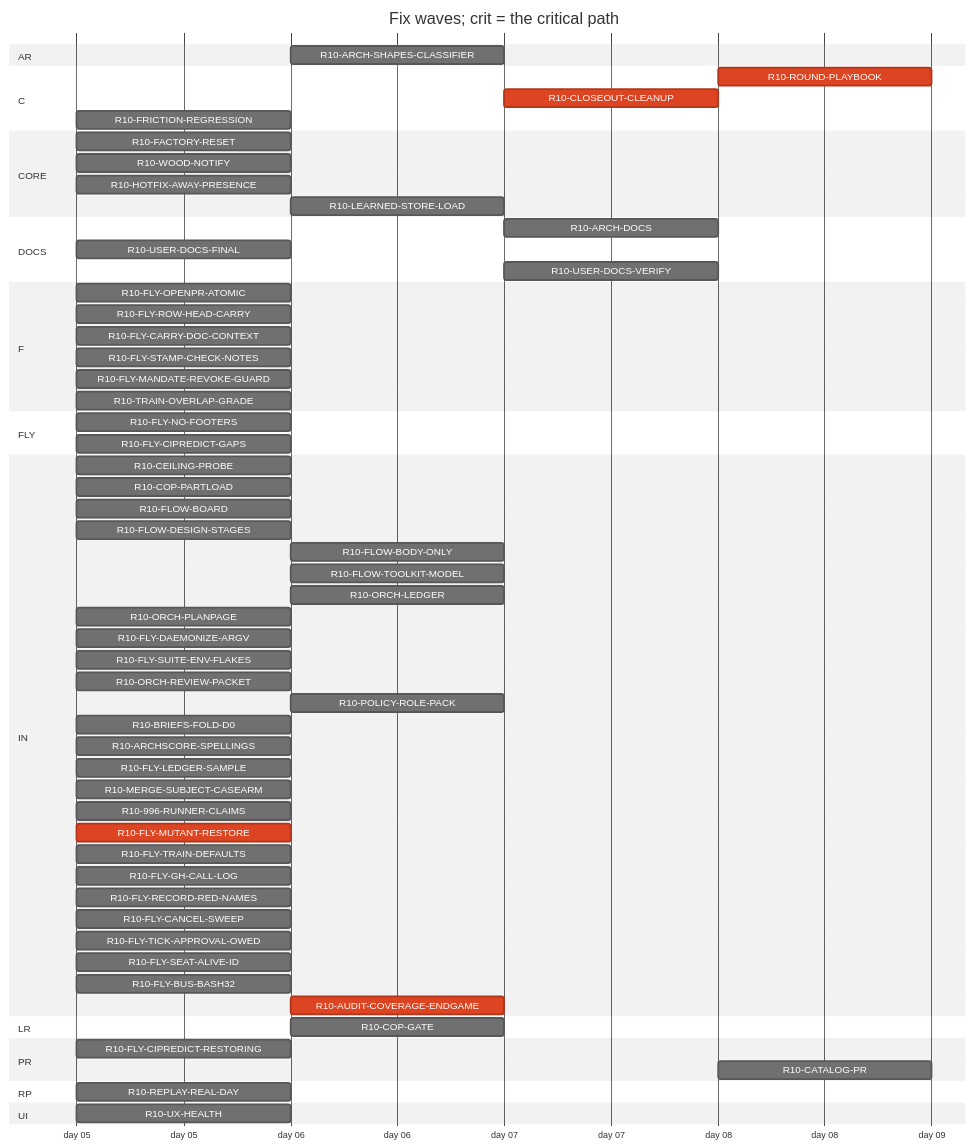
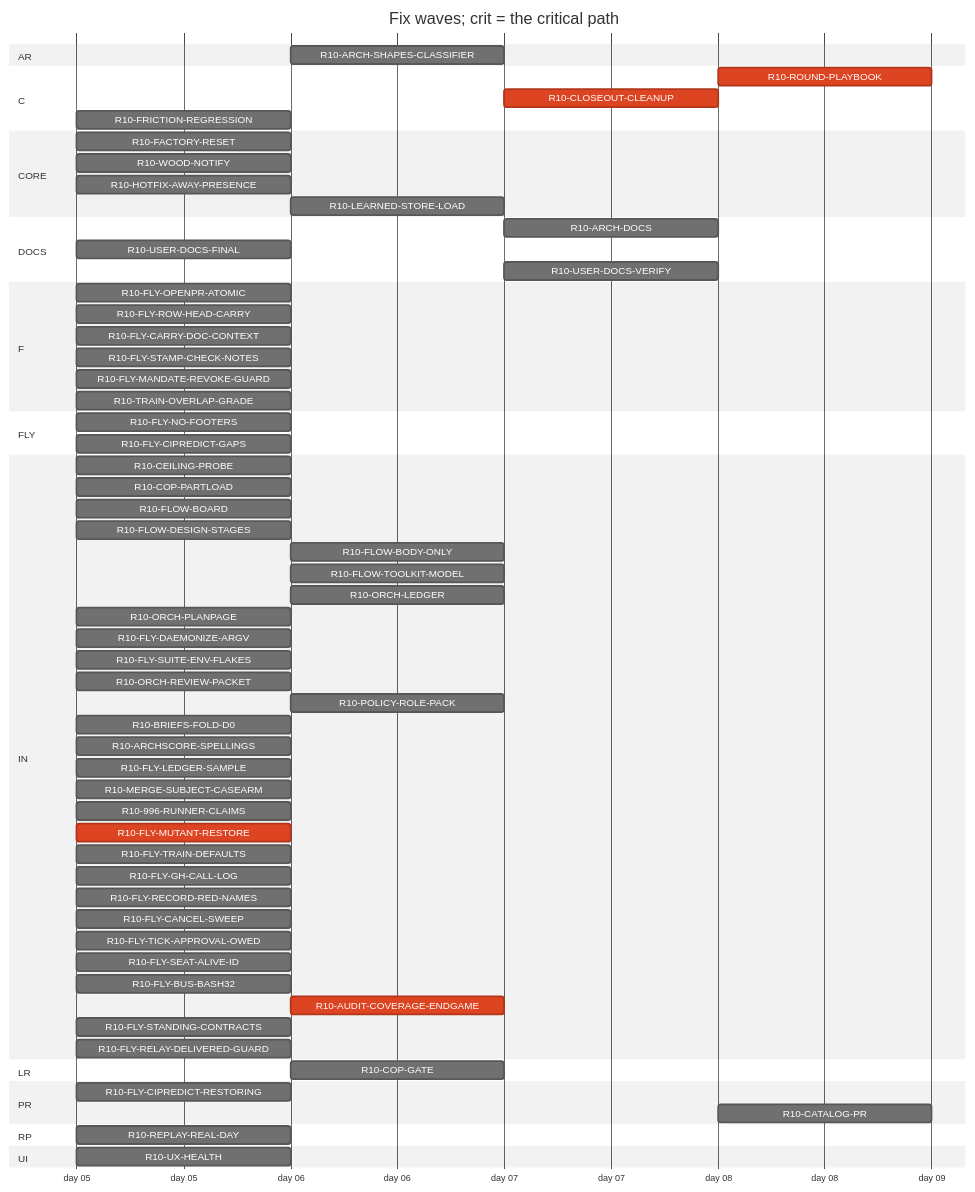
The diagram in handoff/round10/state/PLAN-TABLE.md (tvofi/heatpump_optimizer), drawn with Mermaid (neutral theme) before and after one commit. The commit also changed other lines of this file and 3 other files, not shown here.

Commit message:
state: FLOW-BOARD.md, NEXT-SESSION-PROMPT.md, PLAN-TABLE.md, RESUME-CURRENT.md regenerated (state_docs.py)

````diff
--- a/handoff/round10/state/PLAN-TABLE.md
+++ b/handoff/round10/state/PLAN-TABLE.md
@@ -24,67 +24,69 @@
 ```mermaid
 gantt
   title Fix waves; crit = the critical path
   dateFormat YYYY-MM-DD
   axisFormat day %d
   section AR
     R10-ARCH-SHAPES-CLASSIFIER :r10ARCHSHAPESCLASSIFIER, after r10996RUNNERCLAIMS, 1d
   section C
     R10-ROUND-PLAYBOOK :crit, r10ROUNDPLAYBOOK, after r10ORCHLEDGER r10ORCHPLANPAGE r10FLOWBODYONLY r10AUDITCOVERAGEENDGAME r10FLOWDESIGNSTAGES r10FLOWTOOLKITMODEL r10TRAINOVERLAPGRADE r10FLYTRAINDEFAULTS r10FLYCANCELSWEEP r10POLICYROLEPACK r10ORCHREVIEWPACKET r10FLOWBOARD r10CLOSEOUTCLEANUP, 1d
     R10-CLOSEOUT-CLEANUP :crit, r10CLOSEOUTCLEANUP, after r10AUDITCOVERAGEENDGAME, 1d
     R10-FRICTION-REGRESSION :r10FRICTIONREGRESSION, 2026-01-05, 1d
   section CORE
     R10-FACTORY-RESET :r10FACTORYRESET, 2026-01-05, 1d
     R10-WOOD-NOTIFY :r10WOODNOTIFY, 2026-01-05, 1d
     R10-HOTFIX-AWAY-PRESENCE :r10HOTFIXAWAYPRESENCE, 2026-01-05, 1d
     R10-LEARNED-STORE-LOAD :r10LEARNEDSTORELOAD, after r10FACTORYRESET, 1d
   section DOCS
     R10-ARCH-DOCS :r10ARCHDOCS, after r10COPGATE r10UXHEALTH r10CEILINGPROBE r10COPPARTLOAD r10FLOWBOARD r10FLOWDESIGNSTAGES r10FLOWBODYONLY r10FLYOPENPRATOMIC r10FLYROWHEADCARRY r10FLYCARRYDOCCONTEXT r10FLOWTOOLKITMODEL r10FLYSTAMPCHECKNOTES r10FLYMANDATEREVOKEGUARD r10TRAINOVERLAPGRADE r10FLYSUITEENVFLAKES r10ORCHLEDGER r10ORCHPLANPAGE r10FLYDAEMONIZEARGV r10ORCHREVIEWPACKET r10POLICYROLEPACK r10BRIEFSFOLDD0 r10REPLAYREALDAY r10ARCHSCORESPELLINGS r10FLYLEDGERSAMPLE, 1d
     R10-USER-DOCS-FINAL :r10USERDOCSFINAL, 2026-01-05, 1d
     R10-USER-DOCS-VERIFY :r10USERDOCSVERIFY, after r10COPGATE r10UXHEALTH r10CEILINGPROBE r10COPPARTLOAD r10FACTORYRESET r10WOODNOTIFY r10USERDOCSFINAL r10ARCHSHAPESCLASSIFIER r10HOTFIXAWAYPRESENCE, 1d
   section F
     R10-FLY-OPENPR-ATOMIC :r10FLYOPENPRATOMIC, 2026-01-05, 1d
     R10-FLY-ROW-HEAD-CARRY :r10FLYROWHEADCARRY, 2026-01-05, 1d
     R10-FLY-CARRY-DOC-CONTEXT :r10FLYCARRYDOCCONTEXT, 2026-01-05, 1d
     R10-FLY-STAMP-CHECK-NOTES :r10FLYSTAMPCHECKNOTES, 2026-01-05, 1d
     R10-FLY-MANDATE-REVOKE-GUARD :r10FLYMANDATEREVOKEGUARD, 2026-01-05, 1d
     R10-TRAIN-OVERLAP-GRADE :r10TRAINOVERLAPGRADE, 2026-01-05, 1d
   section FLY
     R10-FLY-NO-FOOTERS :r10FLYNOFOOTERS, 2026-01-05, 1d
     R10-FLY-CIPREDICT-GAPS :r10FLYCIPREDICTGAPS, 2026-01-05, 1d
   section IN
     R10-CEILING-PROBE :r10CEILINGPROBE, 2026-01-05, 1d
     R10-COP-PARTLOAD :r10COPPARTLOAD, 2026-01-05, 1d
     R10-FLOW-BOARD :r10FLOWBOARD, 2026-01-05, 1d
     R10-FLOW-DESIGN-STAGES :r10FLOWDESIGNSTAGES, 2026-01-05, 1d
     R10-FLOW-BODY-ONLY :r10FLOWBODYONLY, after r10FLYOPENPRATOMIC, 1d
     R10-FLOW-TOOLKIT-MODEL :r10FLOWTOOLKITMODEL, after r10ORCHPLANPAGE r10FLYCANCELSWEEP, 1d
     R10-ORCH-LEDGER :r10ORCHLEDGER, after r10FLYCANCELSWEEP, 1d
     R10-ORCH-PLANPAGE :r10ORCHPLANPAGE, 2026-01-05, 1d
     R10-FLY-DAEMONIZE-ARGV :r10FLYDAEMONIZEARGV, 2026-01-05, 1d
     R10-FLY-SUITE-ENV-FLAKES :r10FLYSUITEENVFLAKES, 2026-01-05, 1d
     R10-ORCH-REVIEW-PACKET :r10ORCHREVIEWPACKET, 2026-01-05, 1d
     R10-POLICY-ROLE-PACK :r10POLICYROLEPACK, after r10FLOWDESIGNSTAGES, 1d
     R10-BRIEFS-FOLD-D0 :r10BRIEFSFOLDD0, 2026-01-05, 1d
     R10-ARCHSCORE-SPELLINGS :r10ARCHSCORESPELLINGS, 2026-01-05, 1d
     R10-FLY-LEDGER-SAMPLE :r10FLYLEDGERSAMPLE, 2026-01-05, 1d
     R10-MERGE-SUBJECT-CASEARM :r10MERGESUBJECTCASEARM, 2026-01-05, 1d
     R10-996-RUNNER-CLAIMS :r10996RUNNERCLAIMS, 2026-01-05, 1d
     R10-FLY-MUTANT-RESTORE :crit, r10FLYMUTANTRESTORE, 2026-01-05, 1d
     R10-FLY-TRAIN-DEFAULTS :r10FLYTRAINDEFAULTS, 2026-01-05, 1d
     R10-FLY-GH-CALL-LOG :r10FLYGHCALLLOG, 2026-01-05, 1d
     R10-FLY-RECORD-RED-NAMES :r10FLYRECORDREDNAMES, 2026-01-05, 1d
     R10-FLY-CANCEL-SWEEP :r10FLYCANCELSWEEP, 2026-01-05, 1d
     R10-FLY-TICK-APPROVAL-OWED :r10FLYTICKAPPROVALOWED, 2026-01-05, 1d
     R10-FLY-SEAT-ALIVE-ID :r10FLYSEATALIVEID, 2026-01-05, 1d
     R10-FLY-BUS-BASH32 :r10FLYBUSBASH32, 2026-01-05, 1d
     R10-AUDIT-COVERAGE-ENDGAME :crit, r10AUDITCOVERAGEENDGAME, after r10FLYMUTANTRESTORE r10996RUNNERCLAIMS, 1d
+    R10-FLY-STANDING-CONTRACTS :r10FLYSTANDINGCONTRACTS, 2026-01-05, 1d
+    R10-FLY-RELAY-DELIVERED-GUARD :r10FLYRELAYDELIVEREDGUARD, 2026-01-05, 1d
   section LR
     R10-COP-GATE :r10COPGATE, after r10CEILINGPROBE, 1d
   section PR
     R10-FLY-CIPREDICT-RESTORING :r10FLYCIPREDICTRESTORING, 2026-01-05, 1d
     R10-CATALOG-PR :r10CATALOGPR, after r10USERDOCSVERIFY r10AUDITCOVERAGEENDGAME, 1d
   section RP
     R10-REPLAY-REAL-DAY :r10REPLAYREALDAY, 2026-01-05, 1d
   section UI
     R10-UX-HEALTH :r10UXHEALTH, 2026-01-05, 1d
 ```
````
